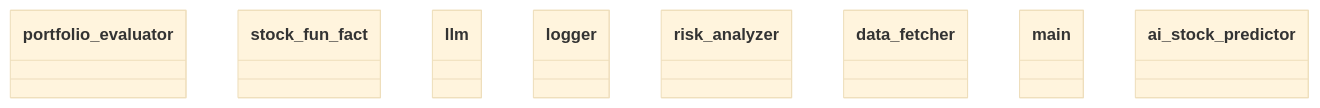
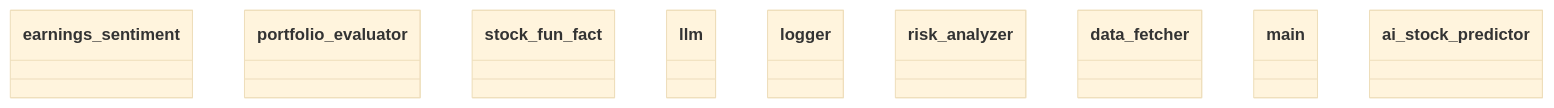
The diagram in ARCHITECTURE.generated.md (kyomangold/AI-StockPredictor), drawn with Mermaid (base theme) before and after one commit. The commit also changed other lines of this file, not shown here.

Commit message:
docs: update architecture

````diff
--- a/ARCHITECTURE.generated.md
+++ b/ARCHITECTURE.generated.md
@@ -41,11 +40,12 @@
 ```mermaid
 classDiagram
+    class earnings_sentiment
     class portfolio_evaluator
     class stock_fun_fact
     class llm
     class logger
     class risk_analyzer
     class data_fetcher
     class main
     class ai_stock_predictor
 ```
````
